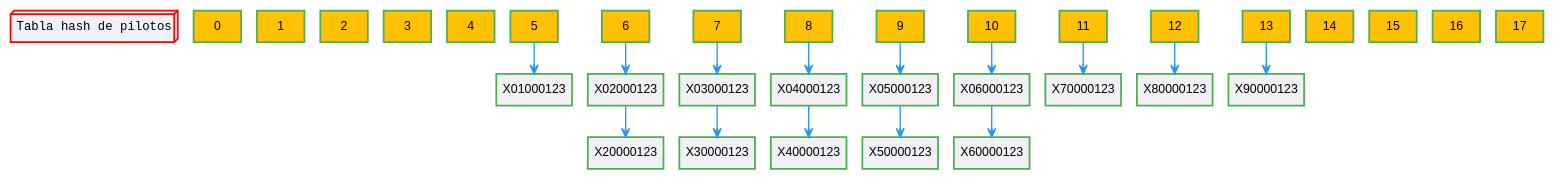
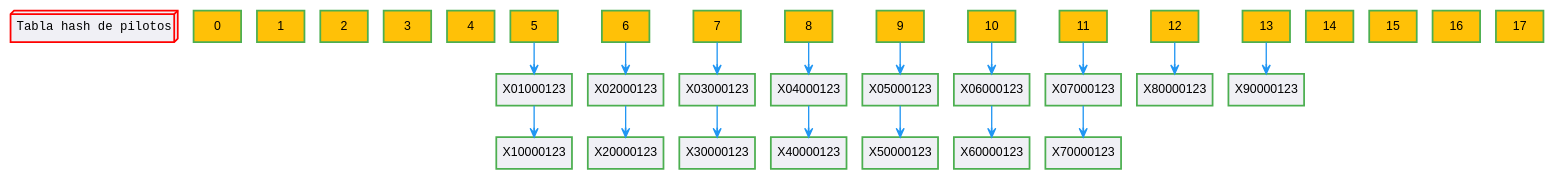
One commit to Josue013/202202481_EDD_Proyecto changed the diagram in Reportes/tabla_hash_visualizacion.dot. Above: the diagram before and after it, drawn with Graphviz. The commit also changed 24 other files, not shown here.

```diff
--- a/Reportes/tabla_hash_visualizacion.dot
+++ b/Reportes/tabla_hash_visualizacion.dot
@@ -1,54 +1,42 @@
 digraph Hash {
 rankdir=TB;
 node [shape=box, style=filled, fillcolor="#f0f0f5", fontname="Arial", penwidth=2, color="#4CAF50"];
 edge [color="#2196F3", penwidth=1.5, arrowhead=vee];
 Titulo [fontname="Courier New", color=red shape=box3d label="Tabla hash de pilotos"];
 subgraph indices {
 rank=same; 0 [label="0", style=filled, fillcolor="#FFC107"];
 1 [label="1", style=filled, fillcolor="#FFC107"];
 2 [label="2", style=filled, fillcolor="#FFC107"];
 3 [label="3", style=filled, fillcolor="#FFC107"];
 4 [label="4", style=filled, fillcolor="#FFC107"];
 5 [label="5", style=filled, fillcolor="#FFC107"];
 6 [label="6", style=filled, fillcolor="#FFC107"];
 7 [label="7", style=filled, fillcolor="#FFC107"];
 8 [label="8", style=filled, fillcolor="#FFC107"];
 9 [label="9", style=filled, fillcolor="#FFC107"];
 10 [label="10", style=filled, fillcolor="#FFC107"];
 11 [label="11", style=filled, fillcolor="#FFC107"];
 12 [label="12", style=filled, fillcolor="#FFC107"];
 13 [label="13", style=filled, fillcolor="#FFC107"];
 14 [label="14", style=filled, fillcolor="#FFC107"];
 15 [label="15", style=filled, fillcolor="#FFC107"];
 16 [label="16", style=filled, fillcolor="#FFC107"];
 17 [label="17", style=filled, fillcolor="#FFC107"];
 }
 5 -> X01000123;
-X01000123 [label="X01000123"];
+X01000123 -> X10000123;
 6 -> X02000123;
-X02000123 [label="X02000123"];
 X02000123 -> X20000123;
-X20000123 [label="X20000123"];
 7 -> X03000123;
-X03000123 [label="X03000123"];
 X03000123 -> X30000123;
-X30000123 [label="X30000123"];
 8 -> X04000123;
-X04000123 [label="X04000123"];
 X04000123 -> X40000123;
-X40000123 [label="X40000123"];
 9 -> X05000123;
-X05000123 [label="X05000123"];
 X05000123 -> X50000123;
-X50000123 [label="X50000123"];
 10 -> X06000123;
-X06000123 [label="X06000123"];
 X06000123 -> X60000123;
-X60000123 [label="X60000123"];
-11 -> X70000123;
-X70000123 [label="X70000123"];
+11 -> X07000123;
+X07000123 -> X70000123;
 12 -> X80000123;
-X80000123 [label="X80000123"];
 13 -> X90000123;
-X90000123 [label="X90000123"];
 }
```
